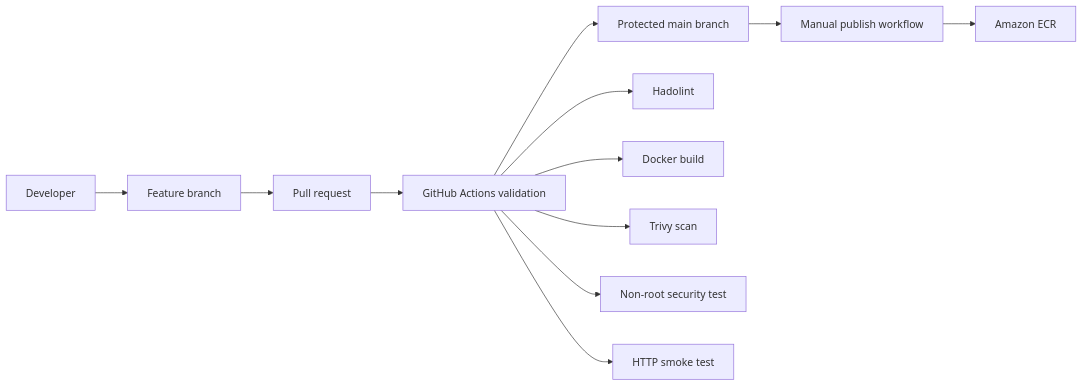
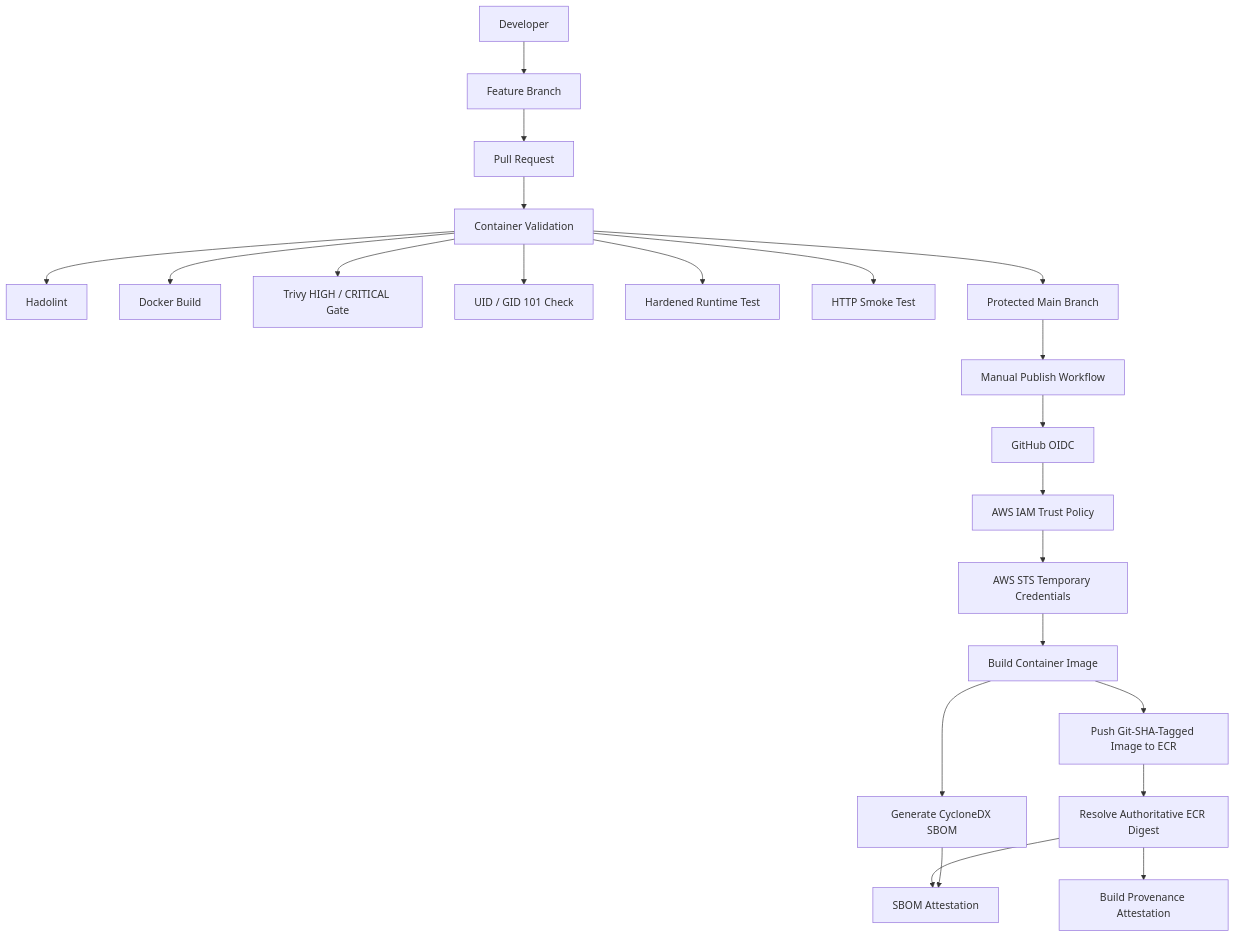
The diagram in README.md (AZ1600/platform-engineering-cicd-pipeline), drawn with Mermaid before and after one commit. The commit also changed other lines of this file and 1 other file, not shown here.

````diff
--- a/README.md
+++ b/README.md
@@ -15,15 +36,32 @@
 ```mermaid
-flowchart LR
-    DEV["Developer"] --> BRANCH["Feature branch"]
-    BRANCH --> PR["Pull request"]
-    PR --> CI["GitHub Actions validation"]
-    CI --> PROTECTED["Protected main branch"]
-    PROTECTED --> MANUAL["Manual publish workflow"]
-    MANUAL --> ECR["Amazon ECR"]
+flowchart TD
+    DEV["Developer"] --> BRANCH["Feature Branch"]
+    BRANCH --> PR["Pull Request"]
 
-    CI --> LINT["Hadolint"]
-    CI --> BUILD["Docker build"]
-    CI --> SCAN["Trivy scan"]
-    CI --> SECURITY["Non-root security test"]
-    CI --> SMOKE["HTTP smoke test"]
+    PR --> VALIDATE["Container Validation"]
+
+    VALIDATE --> LINT["Hadolint"]
+    VALIDATE --> BUILDTEST["Docker Build"]
+    VALIDATE --> TRIVY["Trivy HIGH / CRITICAL Gate"]
+    VALIDATE --> USER["UID / GID 101 Check"]
+    VALIDATE --> HARDEN["Hardened Runtime Test"]
+    VALIDATE --> SMOKE["HTTP Smoke Test"]
+
+    VALIDATE --> MAIN["Protected Main Branch"]
+
+    MAIN --> PUBLISH["Manual Publish Workflow"]
+
+    PUBLISH --> OIDC["GitHub OIDC"]
+    OIDC --> IAM["AWS IAM Trust Policy"]
+    IAM --> STS["AWS STS Temporary Credentials"]
+
+    STS --> BUILD["Build Container Image"]
+    BUILD --> SBOM["Generate CycloneDX SBOM"]
+    BUILD --> ECR["Push Git-SHA-Tagged Image to ECR"]
+
+    ECR --> DIGEST["Resolve Authoritative ECR Digest"]
+
+    DIGEST --> PROVENANCE["Build Provenance Attestation"]
+    DIGEST --> SBOMATT["SBOM Attestation"]
+    SBOM --> SBOMATT
 ```
````
